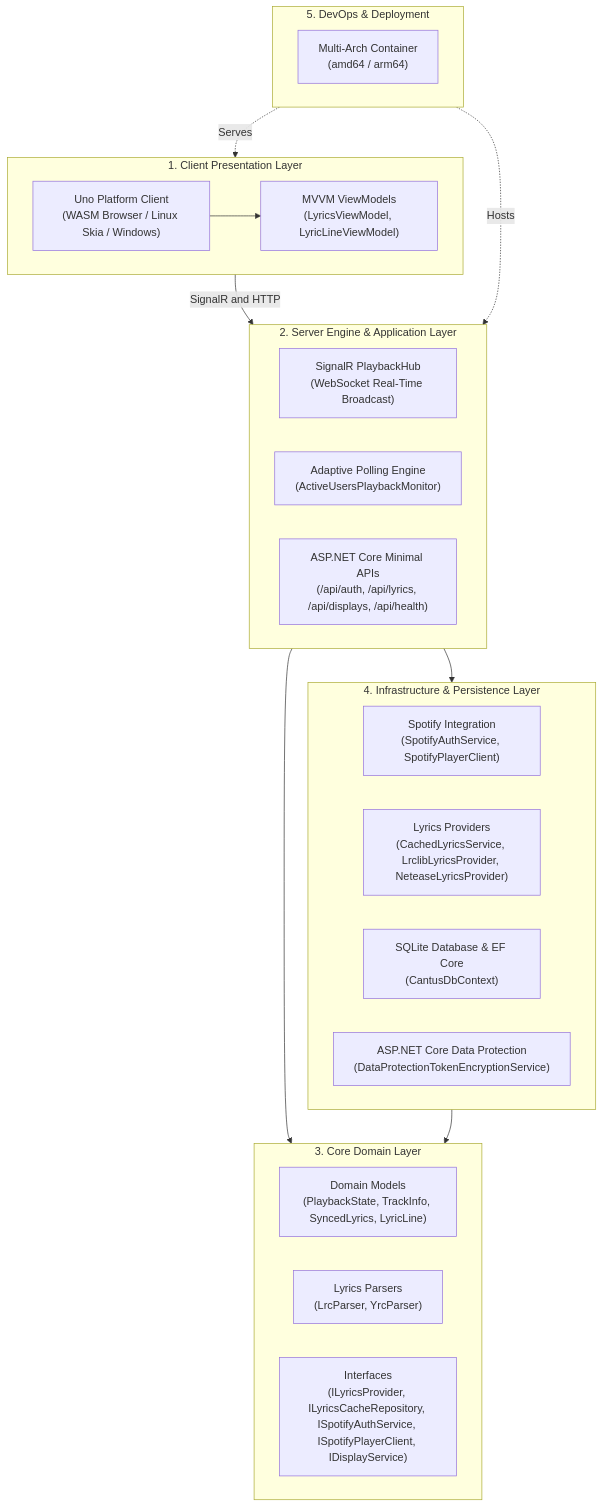
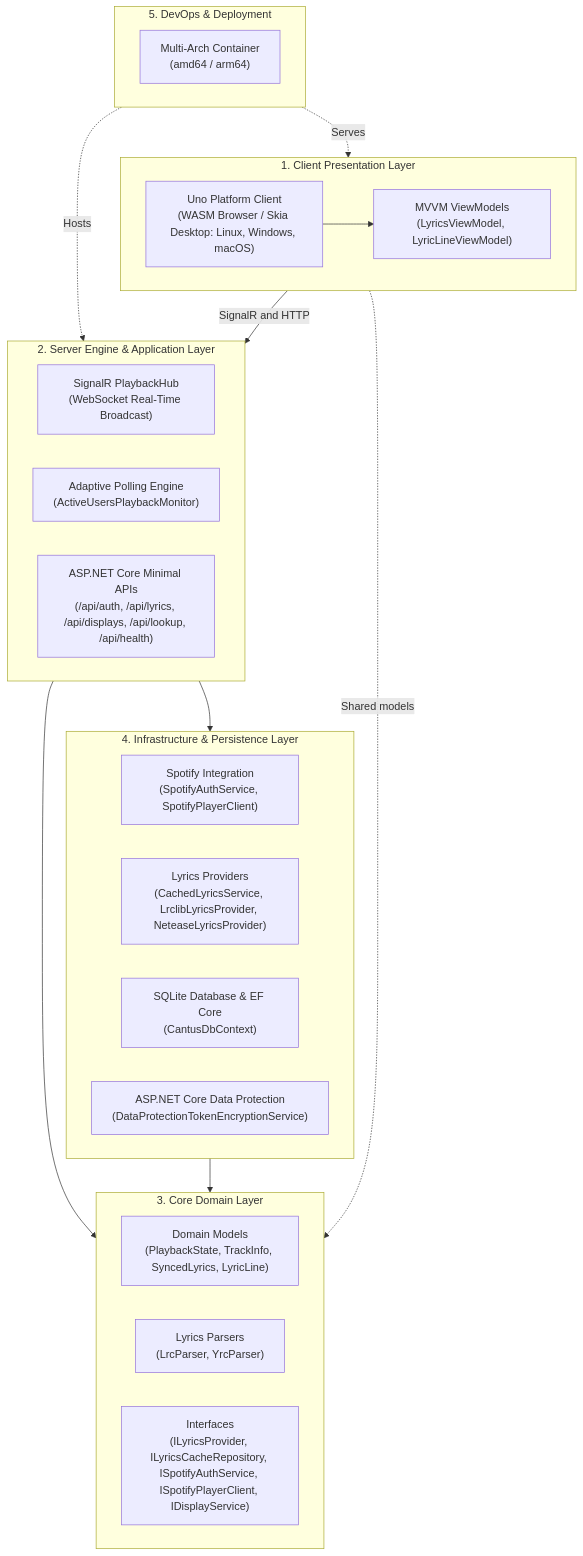
Before and after one commit to jav76/Cantus: the diagram in docs/architecture/overview.md, drawn with Mermaid. The commit also changed other lines of this file and 35 other files, not shown here.

First line of the commit message:
docs: correct drift against source, fix list rendering, drop stale knowledge graph

````diff
--- a/docs/architecture/overview.md
+++ b/docs/architecture/overview.md
@@ -11,38 +11,39 @@
 ```mermaid
 flowchart TB
     subgraph Layer1["1. Client Presentation Layer"]
-        UnoUI["Uno Platform Client<br/>(WASM Browser / Linux Skia / Windows)"]
+        UnoUI["Uno Platform Client<br/>(WASM Browser / Skia Desktop: Linux, Windows, macOS)"]
         VM["MVVM ViewModels<br/>(LyricsViewModel, LyricLineViewModel)"]
         UnoUI --> VM
     end
 
     subgraph Layer2["2. Server Engine & Application Layer"]
         Hub["SignalR PlaybackHub<br/>(WebSocket Real-Time Broadcast)"]
         Engine["Adaptive Polling Engine<br/>(ActiveUsersPlaybackMonitor)"]
-        Endpoints["ASP.NET Core Minimal APIs<br/>(/api/auth, /api/lyrics, /api/displays, /api/health)"]
+        Endpoints["ASP.NET Core Minimal APIs<br/>(/api/auth, /api/lyrics, /api/displays, /api/lookup, /api/health)"]
     end
 
     subgraph Layer3["3. Core Domain Layer"]
         Models["Domain Models<br/>(PlaybackState, TrackInfo, SyncedLyrics, LyricLine)"]
         Parser["Lyrics Parsers<br/>(LrcParser, YrcParser)"]
         Interfaces["Interfaces<br/>(ILyricsProvider, ILyricsCacheRepository, ISpotifyAuthService, ISpotifyPlayerClient, IDisplayService)"]
     end
 
     subgraph Layer4["4. Infrastructure & Persistence Layer"]
         Spotify["Spotify Integration<br/>(SpotifyAuthService, SpotifyPlayerClient)"]
         LRCLIB["Lyrics Providers<br/>(CachedLyricsService, LrclibLyricsProvider, NeteaseLyricsProvider)"]
         DB["SQLite Database & EF Core<br/>(CantusDbContext)"]
         Crypto["ASP.NET Core Data Protection<br/>(DataProtectionTokenEncryptionService)"]
     end
 
     subgraph Layer5["5. DevOps & Deployment"]
         Docker["Multi-Arch Container<br/>(amd64 / arm64)"]
     end
 
     Layer1 -->|"SignalR and HTTP"| Layer2
     Layer2 --> Layer3
+    Layer1 -. "Shared models" .-> Layer3
     Layer2 --> Layer4
     Layer4 --> Layer3
     Layer5 -. Hosts .-> Layer2
     Layer5 -. Serves .-> Layer1
 ```
````
